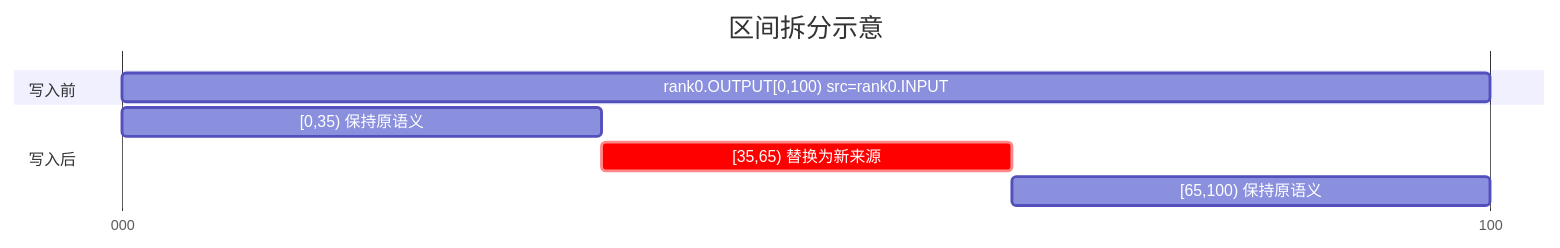
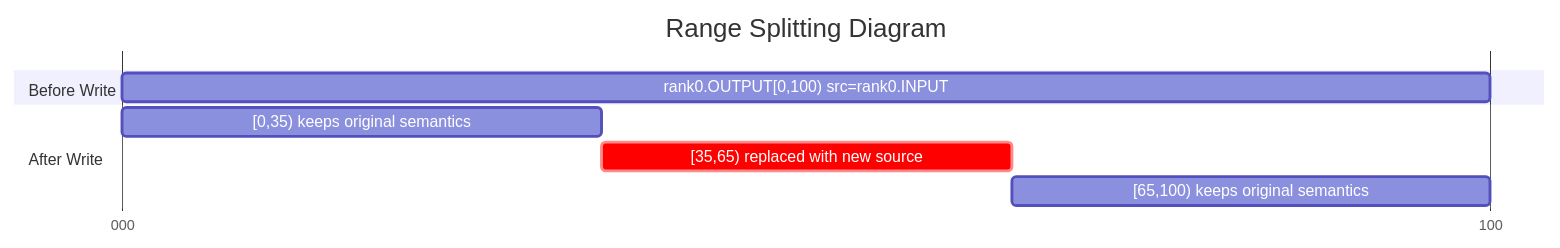
One commit to Atlas-Ascend-Fork/hcomm changed diagram 19 of 19 in test/hccl_vm/docs/checker_quick_intro_en.md. Above: the diagram before and after it, drawn with Mermaid. The commit also changed other lines of this file and 73 other files, not shown here.

````diff
--- a/test/hccl_vm/docs/checker_quick_intro_en.md
+++ b/test/hccl_vm/docs/checker_quick_intro_en.md
@@ -660,15 +660,15 @@
 ```mermaid
 gantt
-    title 区间拆分示意
+    title Range Splitting Diagram
     dateFormat x
     axisFormat %L
     tickInterval 100millisecond
 
-    section 写入前
+    section Before Write
     rank0.OUTPUT[0,100) src=rank0.INPUT : 0, 100
 
-    section 写入后
-    [0,35) 保持原语义 : 0, 35
-    [35,65) 替换为新来源 :crit, 35, 65
-    [65,100) 保持原语义 : 65, 100
+    section After Write
+    [0,35) keeps original semantics : 0, 35
+    [35,65) replaced with new source :crit, 35, 65
+    [65,100) keeps original semantics : 65, 100
 ```
````
